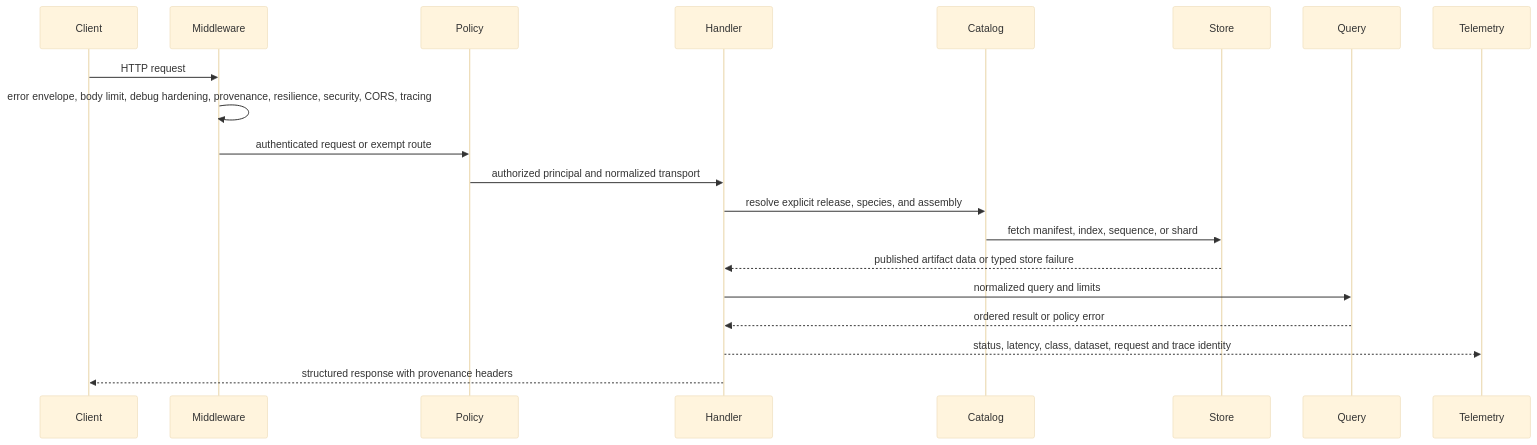
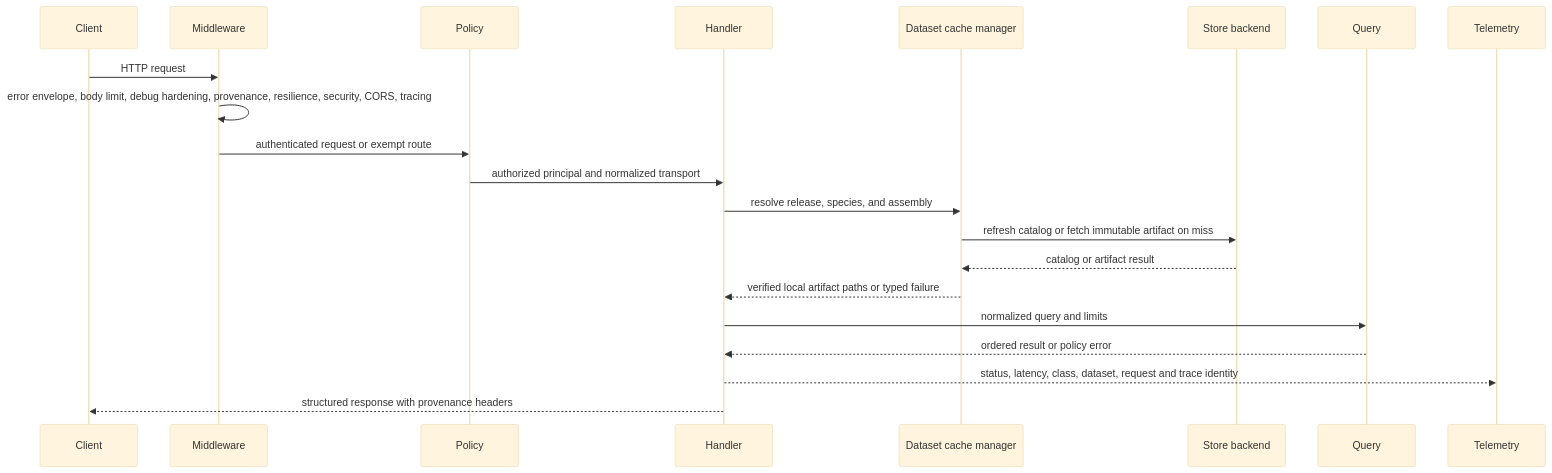
One commit to bijux/bijux-atlas changed the first of 5 diagrams in docs/bijux-atlas/runtime/request-lifecycle.md. Above: the diagram before and after it, drawn with Mermaid (base theme). The commit also changed other lines of this file and 2 other files, not shown here.

Commit message:
docs(runtime): expose server and artifact ownership

````diff
--- a/docs/bijux-atlas/runtime/request-lifecycle.md
+++ b/docs/bijux-atlas/runtime/request-lifecycle.md
@@ -19,22 +19,23 @@
 ```mermaid
 sequenceDiagram
     participant Client
     participant Middleware
     participant Policy
     participant Handler
-    participant Catalog
-    participant Store
+    participant Cache as Dataset cache manager
+    participant Backend as Store backend
     participant Query
     participant Telemetry
     Client->>Middleware: HTTP request
     Middleware->>Middleware: error envelope, body limit, debug hardening, provenance, resilience, security, CORS, tracing
     Middleware->>Policy: authenticated request or exempt route
     Policy->>Handler: authorized principal and normalized transport
-    Handler->>Catalog: resolve explicit release, species, and assembly
-    Catalog->>Store: fetch manifest, index, sequence, or shard
-    Store-->>Handler: published artifact data or typed store failure
+    Handler->>Cache: resolve release, species, and assembly
+    Cache->>Backend: refresh catalog or fetch immutable artifact on miss
+    Backend-->>Cache: catalog or artifact result
+    Cache-->>Handler: verified local artifact paths or typed failure
     Handler->>Query: normalized query and limits
     Query-->>Handler: ordered result or policy error
     Handler-->>Telemetry: status, latency, class, dataset, request and trace identity
     Handler-->>Client: structured response with provenance headers
 ```
````
